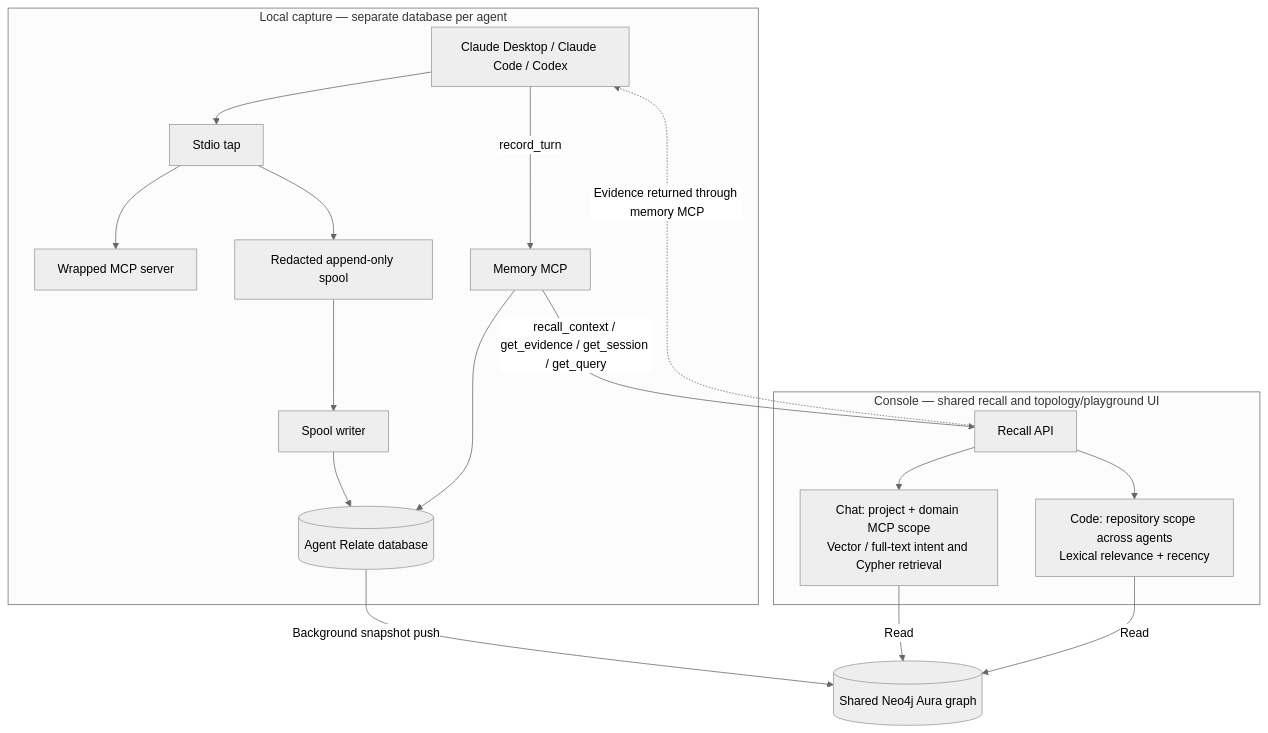
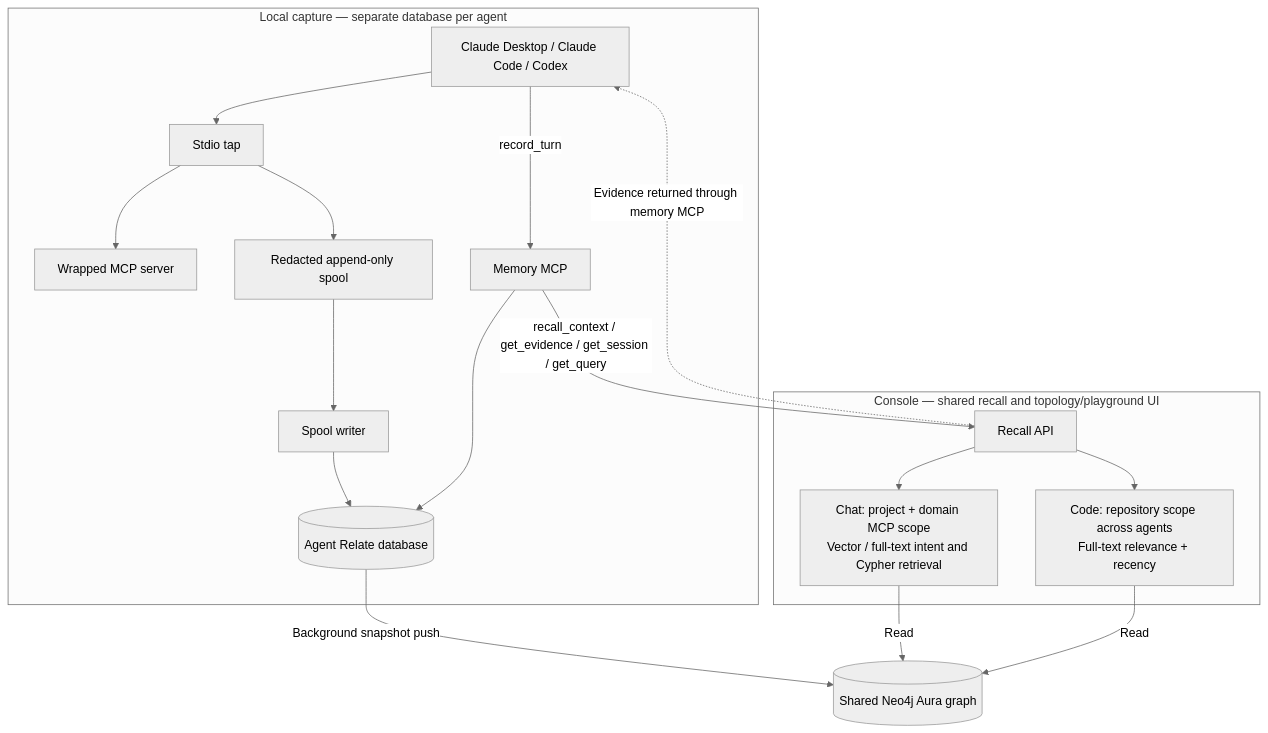
One commit to graphadvantage/neo4j-relate-context changed the diagram in README.md. Above: the diagram before and after it, drawn with Mermaid (neutral theme). The commit also changed other lines of this file and 8 other files, not shown here.

Commit message:
Index recorded coding turns for scoped full-text recall

````diff
--- a/README.md
+++ b/README.md
@@ -17,30 +17,30 @@
 ```mermaid
 flowchart TB
     subgraph Local["Local capture — separate database per agent"]
         Agent["Claude Desktop / Claude Code / Codex"]
         Tap["Stdio tap"]
         Server["Wrapped MCP server"]
         Spool["Redacted append-only spool"]
         Worker["Spool writer"]
         Memory["Memory MCP"]
         DB[("Agent Relate database")]
         Agent --> Tap --> Server
         Tap --> Spool --> Worker --> DB
         Agent -->|record_turn| Memory --> DB
     end
 
     DB -->|Background snapshot push| Aura[("Shared Neo4j Aura graph")]
 
     subgraph Shared["Console — shared recall and topology/playground UI"]
         Recall["Recall API"]
         Chat["Chat: project + domain MCP scope<br/>Vector / full-text intent and Cypher retrieval"]
-        Code["Code: repository scope across agents<br/>Lexical relevance + recency"]
+        Code["Code: repository scope across agents<br/>Full-text relevance + recency"]
         Recall --> Chat
         Recall --> Code
     end
 
     Memory -->|recall_context / get_evidence / get_session / get_query| Recall
     Chat -->|Read| Aura
     Code -->|Read| Aura
     Recall -.->|Evidence returned through memory MCP| Agent
 ```
````
